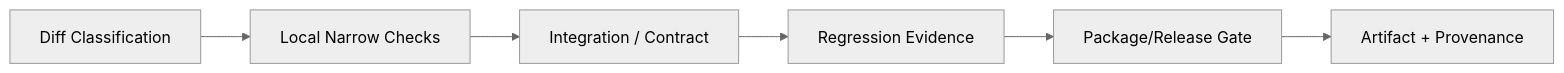
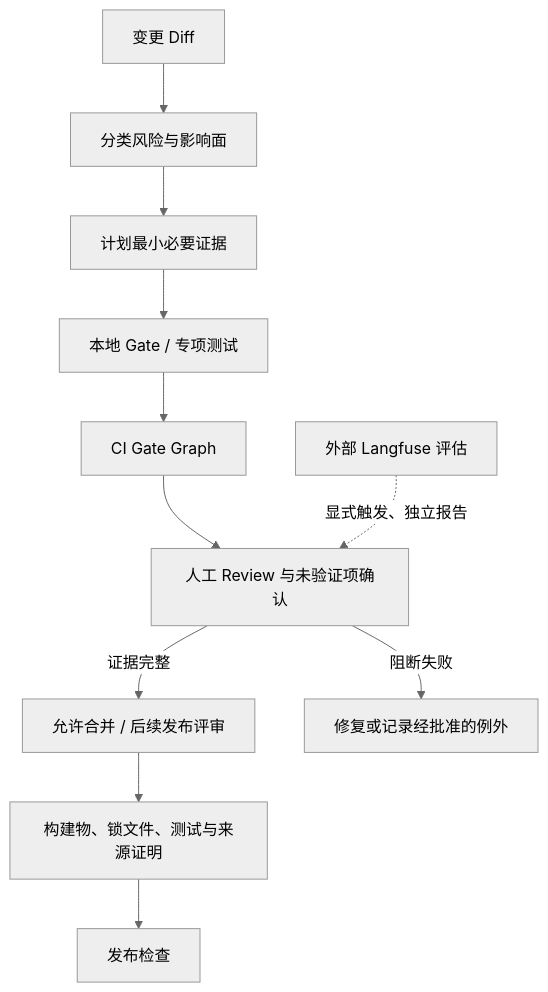
One commit to Cainheart/tracegraph-agent changed the first of 2 diagrams in docs/outlive-agent-v2/02-repository-governance/03-change-gates-release.md. Above: the diagram before and after it, drawn with Mermaid (neutral theme). The commit also changed other lines of this file and 35 other files, not shown here.

First line of the commit message:
docs(architecture): 以 Agent Runtime 与 Session/Evidence 取代三平面模型

````diff
--- a/docs/outlive-agent-v2/02-repository-governance/03-change-gates-release.md
+++ b/docs/outlive-agent-v2/02-repository-governance/03-change-gates-release.md
@@ -15,8 +17,13 @@
 ```mermaid
-flowchart LR
-  D[Diff Classification] --> L[Local Narrow Checks]
-  L --> I[Integration / Contract]
-  I --> R[Regression Evidence]
-  R --> P[Package/Release Gate]
-  P --> A[Artifact + Provenance]
+flowchart TB
+  D[变更 Diff] --> C[分类风险与影响面]
+  C --> P[计划最小必要证据]
+  P --> L[本地 Gate / 专项测试]
+  L --> I[CI Gate Graph]
+  I --> R[人工 Review 与未验证项确认]
+  R -->|证据完整| B[允许合并 / 后续发布评审]
+  R -->|阻断失败| F[修复或记录经批准的例外]
+  B --> A[构建物、锁文件、测试与来源证明]
+  A --> V[发布检查]
+  X[外部 Langfuse 评估] -.显式触发、独立报告.-> R
 ```
````
